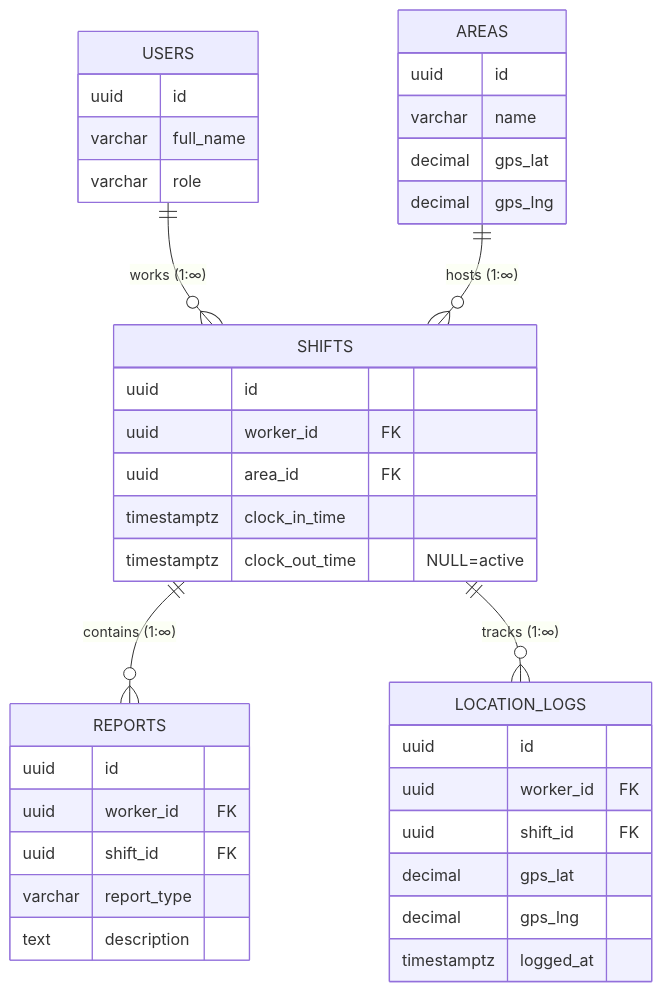
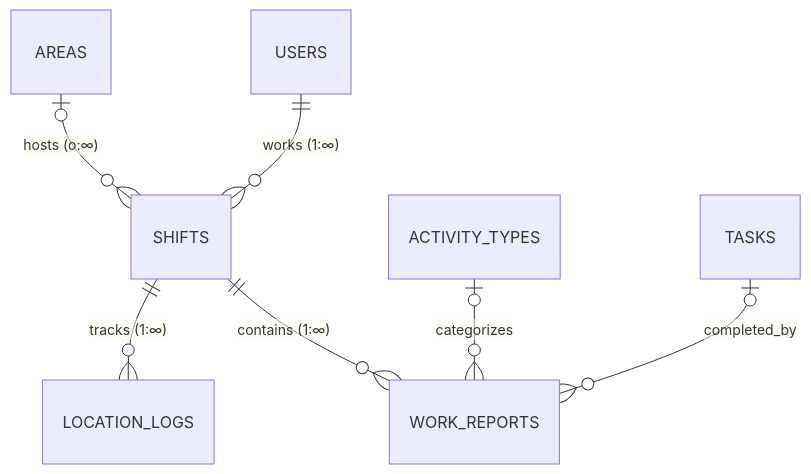
The sixth of 9 diagrams in specs/database/erd.md (dlhsby/sekar), drawn with Mermaid before and after one commit. The commit also changed other lines of this file and 24 other files, not shown here.

````diff
--- a/specs/database/erd.md
+++ b/specs/database/erd.md
@@ -161,45 +395,9 @@
 ```mermaid
 erDiagram
     USERS ||--o{ SHIFTS : "works (1:∞)"
-    AREAS ||--o{ SHIFTS : "hosts (1:∞)"
-    SHIFTS ||--o{ REPORTS : "contains (1:∞)"
+    AREAS o|--o{ SHIFTS : "hosts (o:∞)"
+    SHIFTS ||--o{ WORK_REPORTS : "contains (1:∞)"
     SHIFTS ||--o{ LOCATION_LOGS : "tracks (1:∞)"
-
-    USERS {
-        uuid id
-        varchar full_name
-        varchar role
-    }
-
-    AREAS {
-        uuid id
-        varchar name
-        decimal gps_lat
-        decimal gps_lng
-    }
-
-    SHIFTS {
-        uuid id
-        uuid worker_id FK
-        uuid area_id FK
-        timestamptz clock_in_time
-        timestamptz clock_out_time "NULL=active"
-    }
-
-    REPORTS {
-        uuid id
-        uuid worker_id FK
-        uuid shift_id FK
-        varchar report_type
-        text description
-    }
-
-    LOCATION_LOGS {
-        uuid id
-        uuid worker_id FK
-        uuid shift_id FK
-        decimal gps_lat
-        decimal gps_lng
-        timestamptz logged_at
-    }
+    ACTIVITY_TYPES o|--o{ WORK_REPORTS : "categorizes"
+    TASKS o|--o{ WORK_REPORTS : "completed_by"
 ```
````
